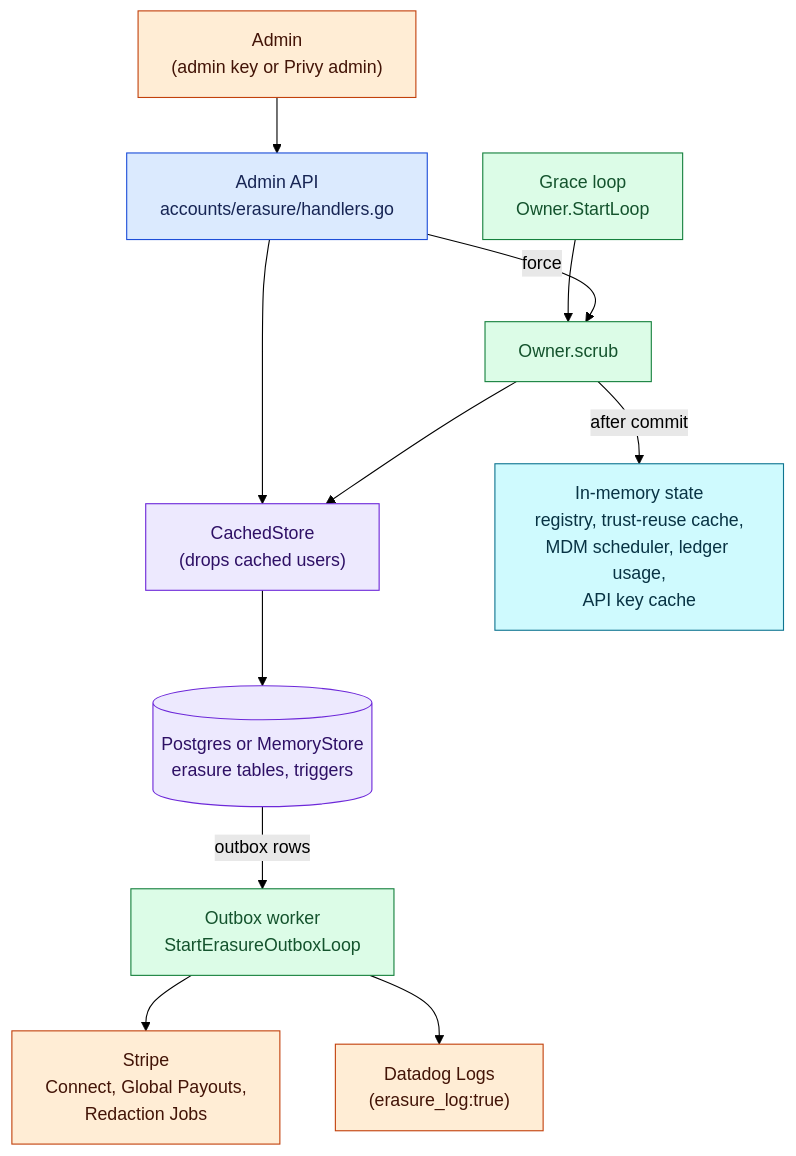
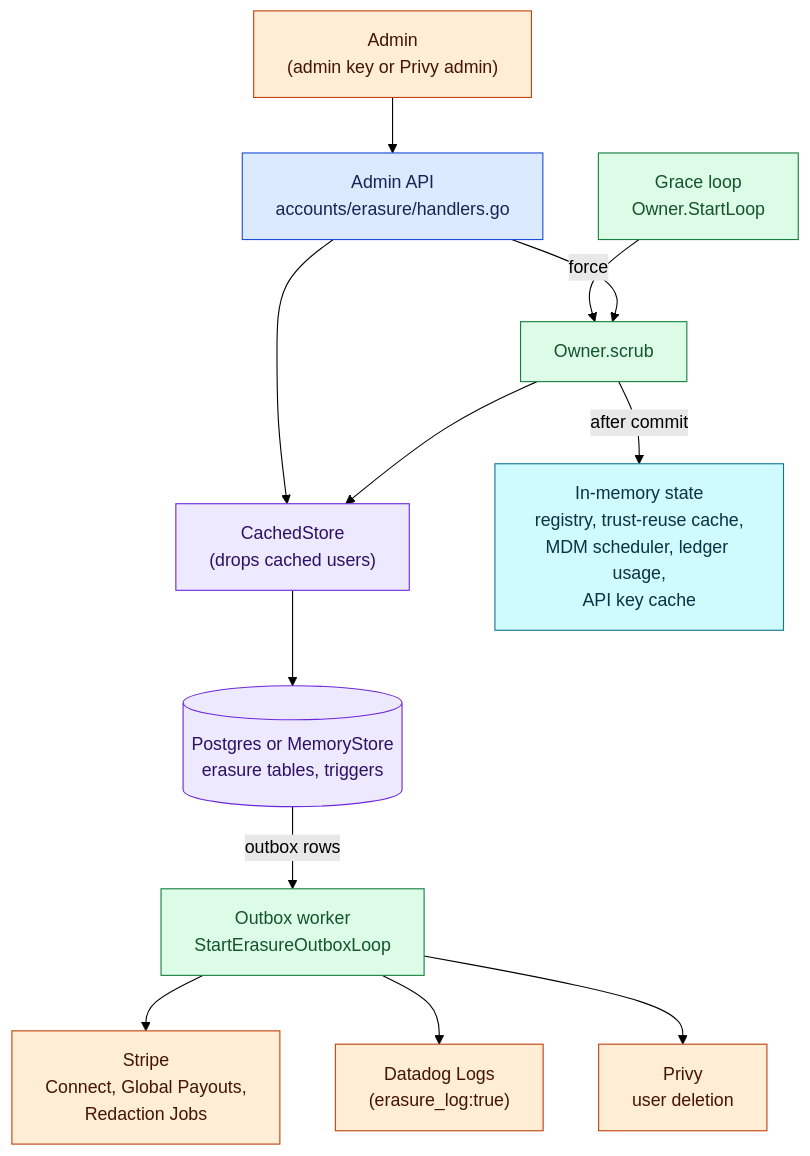
The first of 4 diagrams in docs/architecture/account-erasure.md (Layr-Labs/d-inference), drawn with Mermaid (forest theme) before and after one commit. The commit also changed other lines of this file and 19 other files, not shown here.

````diff
--- a/docs/architecture/account-erasure.md
+++ b/docs/architecture/account-erasure.md
@@ -45,19 +45,20 @@
 ```mermaid
 flowchart TB
   classDef api fill:#dbeafe,stroke:#1d4ed8,color:#172554
   classDef loop fill:#dcfce7,stroke:#15803d,color:#14532d
   classDef store fill:#ede9fe,stroke:#6d28d9,color:#2e1065
   classDef mem fill:#cffafe,stroke:#0e7490,color:#083344
   classDef ext fill:#ffedd5,stroke:#c2410c,color:#431407
 
   A["Admin<br/>(admin key or Privy admin)"]:::ext --> H["Admin API<br/>accounts/erasure/handlers.go"]:::api
   L["Grace loop<br/>Owner.StartLoop"]:::loop --> X["Owner.scrub"]:::loop
   H -- "force" --> X
   H --> C["CachedStore<br/>(drops cached users)"]:::store
   X --> C
   X -- "after commit" --> M["In-memory state<br/>registry, trust-reuse cache,<br/>MDM scheduler, ledger usage,<br/>API key cache"]:::mem
   C --> DB[("Postgres or MemoryStore<br/>erasure tables, triggers")]:::store
   DB -- "outbox rows" --> W["Outbox worker<br/>StartErasureOutboxLoop"]:::loop
   W --> S["Stripe<br/>Connect, Global Payouts,<br/>Redaction Jobs"]:::ext
   W --> D["Datadog Logs<br/>(erasure_log:true)"]:::ext
+  W --> PV["Privy<br/>user deletion"]:::ext
 ```
````
